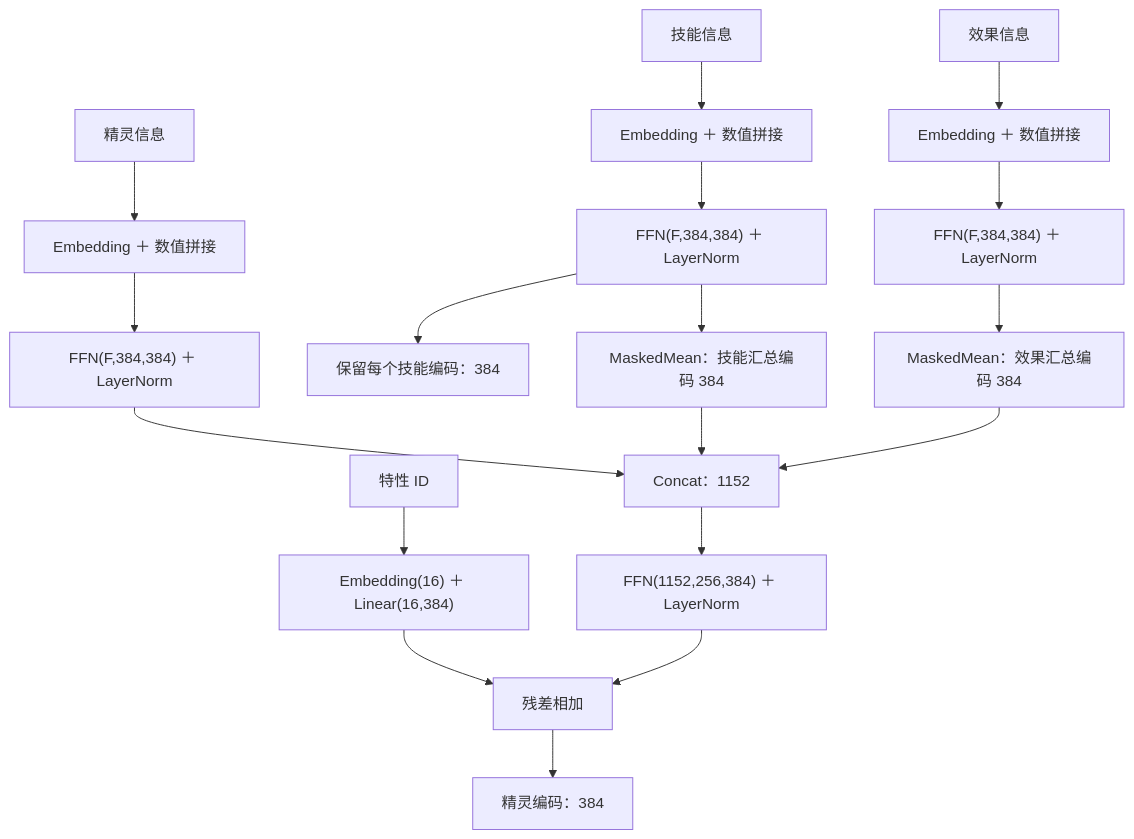
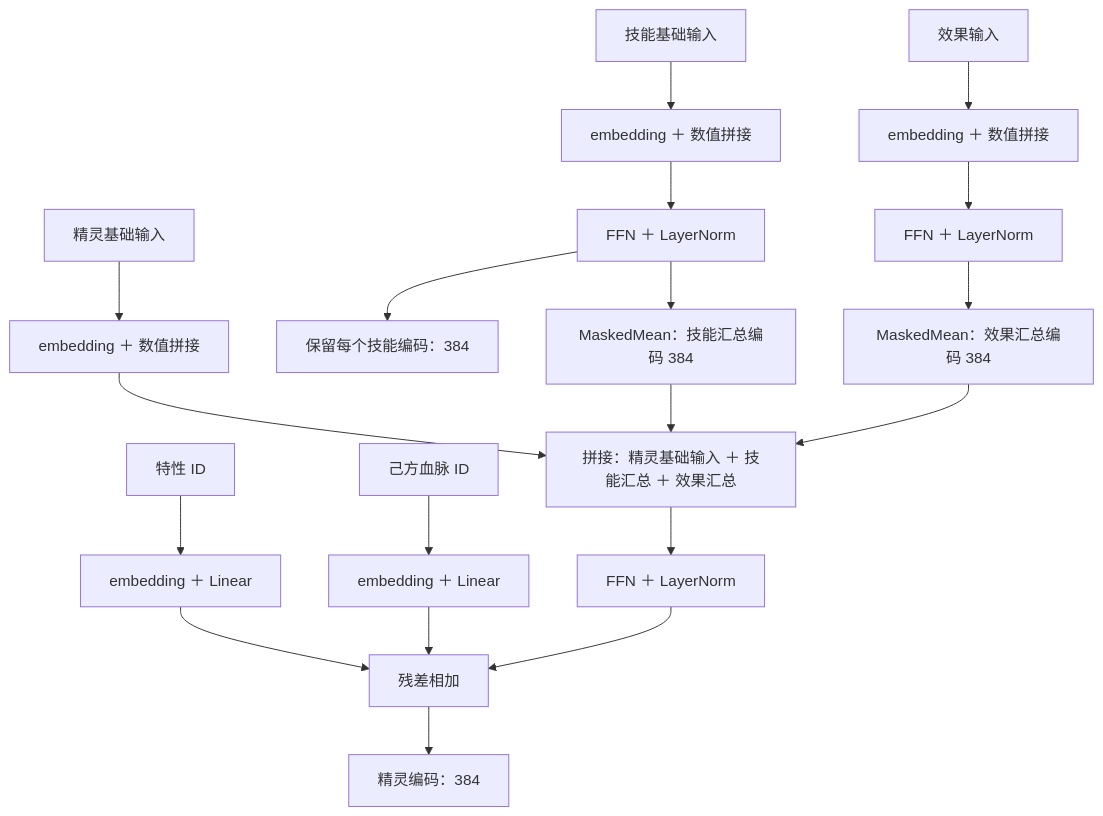
Before and after one commit to GroundbreakerLhy/Alpha-Roco: the first of 5 diagrams in MODEL_DESIGN.md, drawn with Mermaid. The commit also changed other lines of this file and 41 other files, not shown here.

````diff
--- a/MODEL_DESIGN.md
+++ b/MODEL_DESIGN.md
@@ -47,22 +48,23 @@
 ```mermaid
 flowchart TB
-    S0["技能信息"] --> S1["Embedding ＋ 数值拼接"]
-    S1 --> S2["FFN(F,384,384) ＋ LayerNorm"]
+    S0["技能基础输入"] --> S1["embedding ＋ 数值拼接"]
+    S1 --> S2["FFN ＋ LayerNorm"]
     S2 --> S3["MaskedMean：技能汇总编码 384"]
     S2 --> SK["保留每个技能编码：384"]
 
-    B0["效果信息"] --> B1["Embedding ＋ 数值拼接"]
-    B1 --> B2["FFN(F,384,384) ＋ LayerNorm"]
+    B0["效果输入"] --> B1["embedding ＋ 数值拼接"]
+    B1 --> B2["FFN ＋ LayerNorm"]
     B2 --> B3["MaskedMean：效果汇总编码 384"]
 
-    P0["精灵信息"] --> P1["Embedding ＋ 数值拼接"]
-    P1 --> P2["FFN(F,384,384) ＋ LayerNorm"]
-    P2 --> C["Concat：1152"]
-    S3 --> C
-    B3 --> C
-    C --> P3["FFN(1152,256,384) ＋ LayerNorm"]
-    T0["特性 ID"] --> T1["Embedding(16) ＋ Linear(16,384)"]
+    P0["精灵基础输入"] --> P1["embedding ＋ 数值拼接"]
+    P1 --> P2["拼接：精灵基础输入 ＋ 技能汇总 ＋ 效果汇总"]
+    S3 --> P2
+    B3 --> P2
+    P2 --> P3["FFN ＋ LayerNorm"]
+    T0["特性 ID"] --> T1["embedding ＋ Linear"]
     T1 --> R["残差相加"]
+    BL0["己方血脉 ID"] --> BL1["embedding ＋ Linear"]
+    BL1 --> R
     P3 --> R
     R --> P4["精灵编码：384"]
 ```
````
